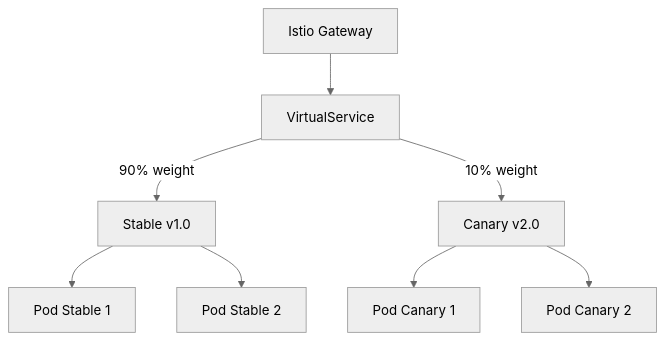
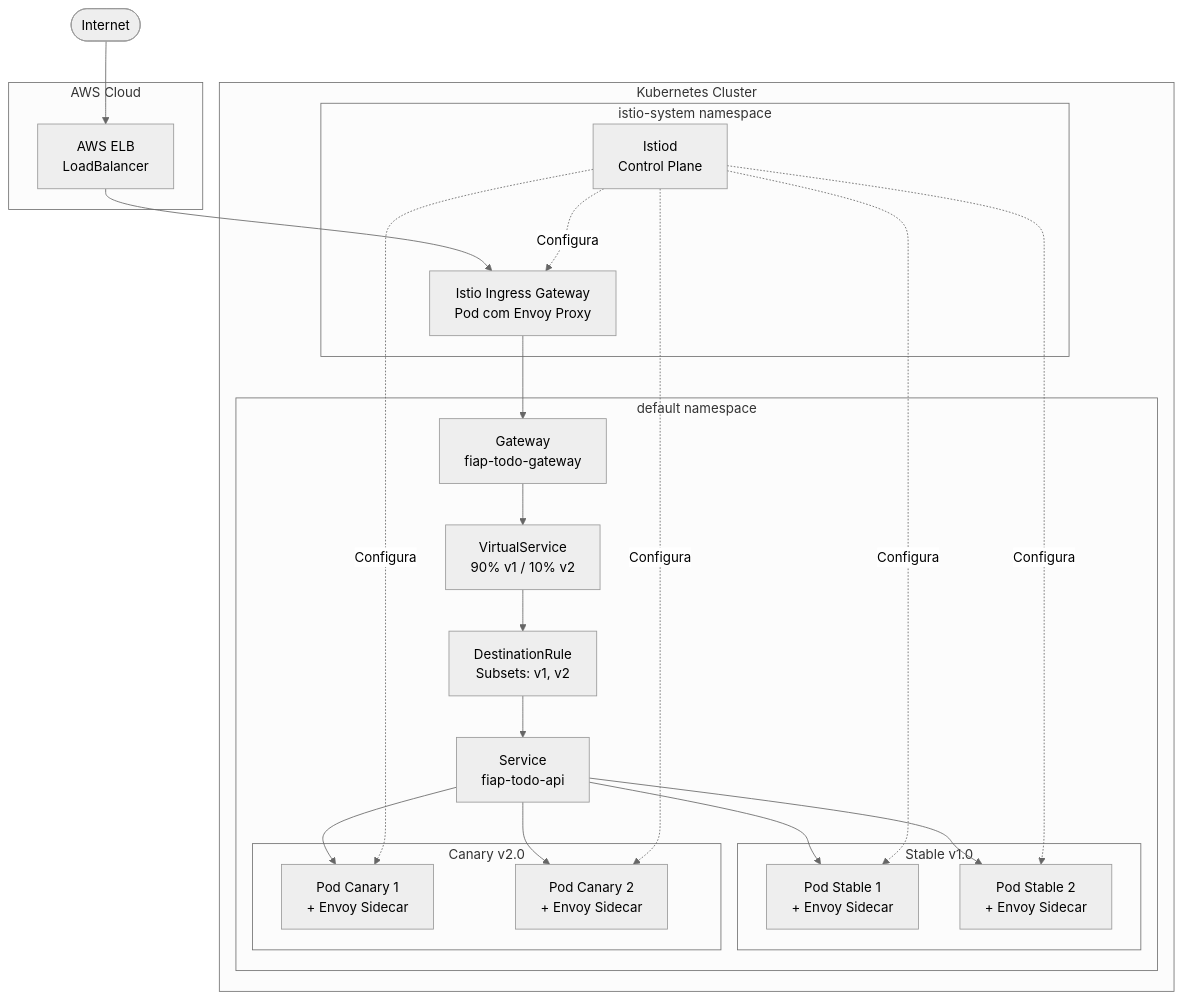
One commit to LucasMorgani/fiap-dclt-aula03 changed the third of 4 diagrams in VIDEO-3.3-PASSO-A-PASSO.md. Above: the diagram before and after it, drawn with Mermaid (neutral theme). The commit also changed other lines of this file and 3 other files, not shown here.

Commit message:
Remover workflows de canary, docker build e k8s deploy; expandir documentação com explicação detalhada do Istio, Service Mesh e arquitetura completa de Canary Deploy

````diff
--- a/VIDEO-3.3-PASSO-A-PASSO.md
+++ b/VIDEO-3.3-PASSO-A-PASSO.md
@@ -289,13 +323,47 @@
 ```mermaid
 graph TB
-    A[Istio Gateway] --> B[VirtualService]
+    subgraph "AWS Cloud"
+        ELB[AWS ELB<br/>LoadBalancer]
+    end
     
-    B -->|90% weight| C[Stable v1.0]
-    B -->|10% weight| D[Canary v2.0]
+    subgraph "Kubernetes Cluster"
+        subgraph "istio-system namespace"
+            IG[Istio Ingress Gateway<br/>Pod com Envoy Proxy]
+            ISTIOD[Istiod<br/>Control Plane]
+        end
+        
+        subgraph "default namespace"
+            GW[Gateway<br/>fiap-todo-gateway]
+            VS[VirtualService<br/>90% v1 / 10% v2]
+            DR[DestinationRule<br/>Subsets: v1, v2]
+            SVC[Service<br/>fiap-todo-api]
+            
+            subgraph "Stable v1.0"
+                S1[Pod Stable 1<br/>+ Envoy Sidecar]
+                S2[Pod Stable 2<br/>+ Envoy Sidecar]
+            end
+            
+            subgraph "Canary v2.0"
+                C1[Pod Canary 1<br/>+ Envoy Sidecar]
+                C2[Pod Canary 2<br/>+ Envoy Sidecar]
+            end
+        end
+    end
     
-    C --> E[Pod Stable 1]
-    C --> F[Pod Stable 2]
+    Internet([Internet]) --> ELB
+    ELB --> IG
+    IG --> GW
+    GW --> VS
+    VS --> DR
+    DR --> SVC
+    SVC --> S1
+    SVC --> S2
+    SVC --> C1
+    SVC --> C2
     
-    D --> G[Pod Canary 1]
-    D --> H[Pod Canary 2]
+    ISTIOD -.->|Configura| IG
+    ISTIOD -.->|Configura| S1
+    ISTIOD -.->|Configura| S2
+    ISTIOD -.->|Configura| C1
+    ISTIOD -.->|Configura| C2
 ```
````
